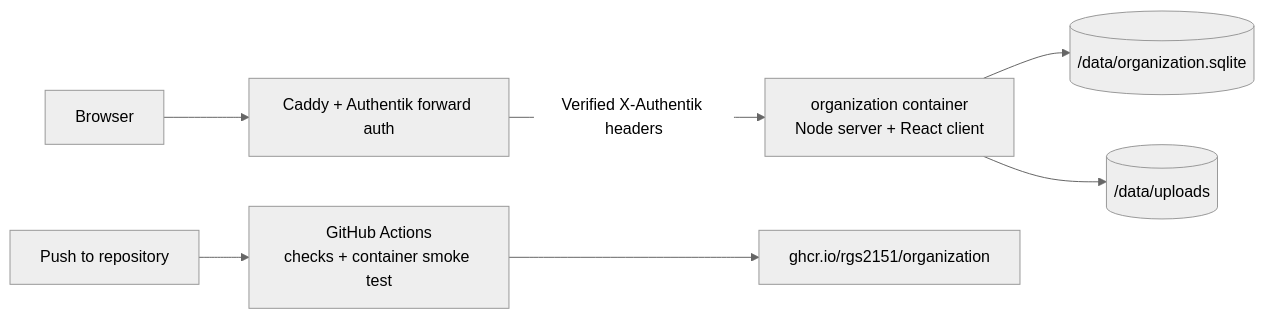
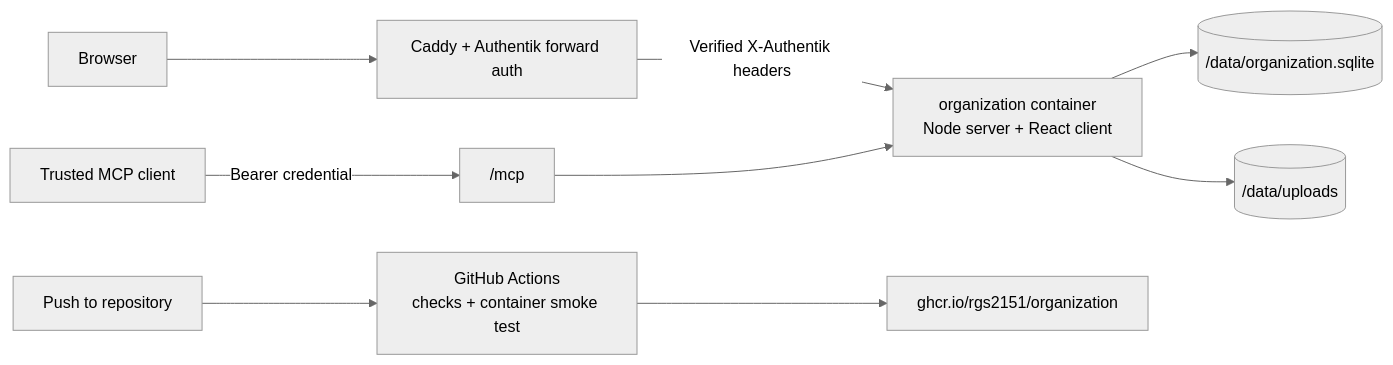
One commit to rgs2151/organization changed the diagram in README.md. Above: the diagram before and after it, drawn with Mermaid (neutral theme). The commit also changed other lines of this file and 21 other files, not shown here.

````diff
--- a/README.md
+++ b/README.md
@@ -21,9 +23,11 @@
 ```mermaid
 flowchart LR
     Browser["Browser"] --> Gateway["Caddy + Authentik forward auth"]
     Gateway -->|"Verified X-Authentik headers"| App["organization container\nNode server + React client"]
+    Agent["Trusted MCP client"] -->|"Bearer credential"| MCP["/mcp"]
+    MCP --> App
     App --> SQLite[("/data/organization.sqlite")]
     App --> Uploads[("/data/uploads")]
     GitHub["Push to repository"] --> Actions["GitHub Actions\nchecks + container smoke test"]
     Actions --> GHCR["ghcr.io/rgs2151/organization"]
 ```
````
